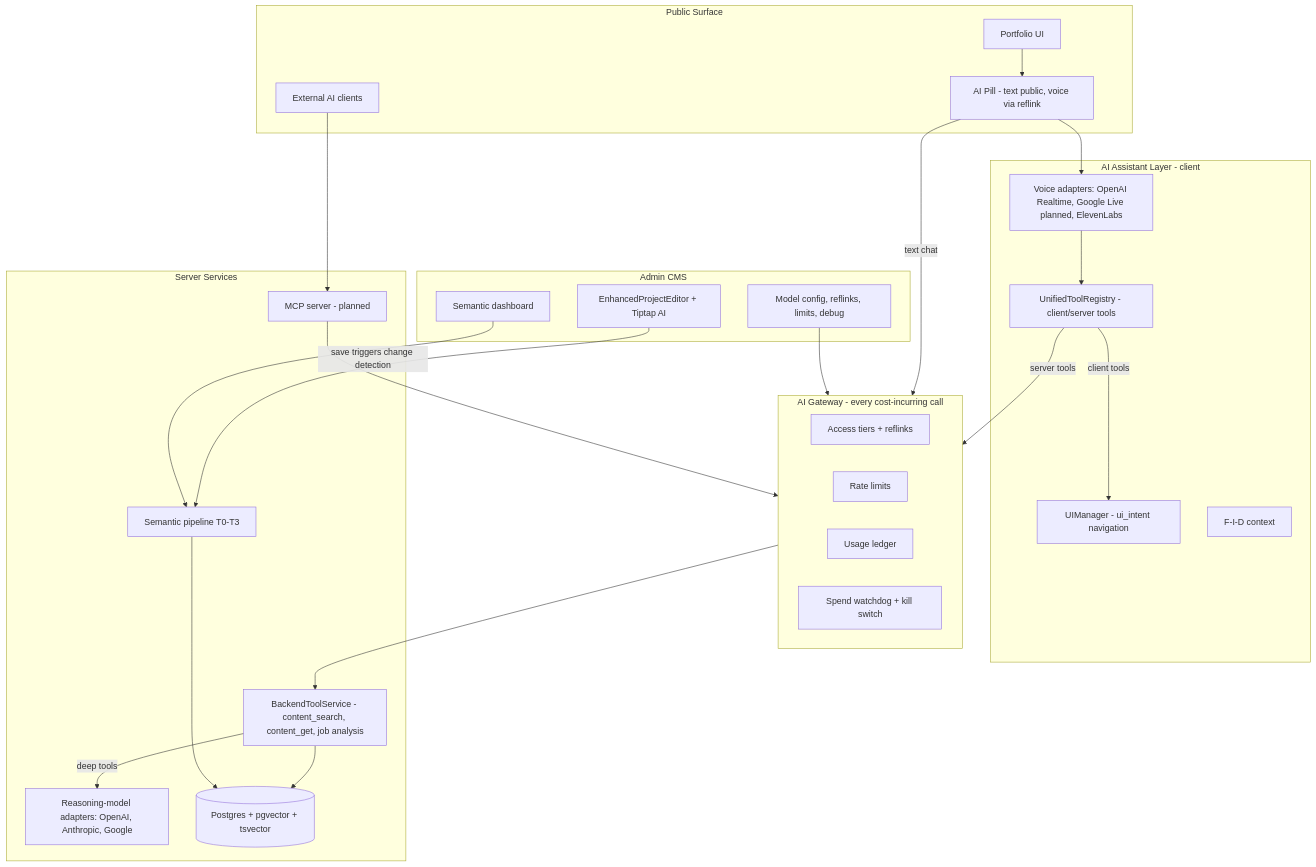
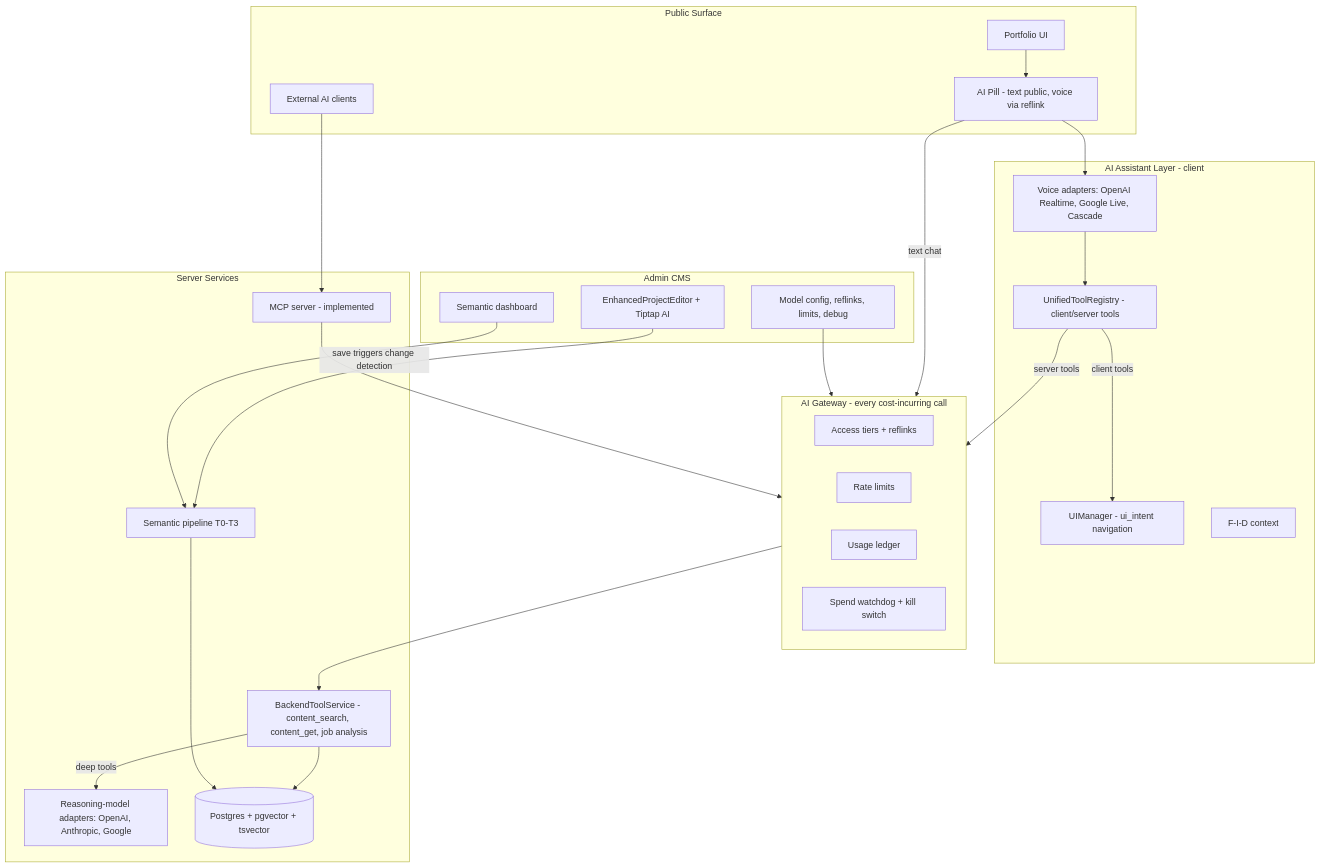
The diagram in .kiro/specs/00-overview/README.md (midnightOne/portfolio-projects), drawn with Mermaid before and after one commit. The commit also changed other lines of this file and 8 other files, not shown here.

````diff
--- a/.kiro/specs/00-overview/README.md
+++ b/.kiro/specs/00-overview/README.md
@@ -23,47 +23,47 @@
 ```mermaid
 flowchart TB
     subgraph publicSurface [Public Surface]
         Site[Portfolio UI]
         Pill[AI Pill - text public, voice via reflink]
         MCPExt[External AI clients]
     end
 
     subgraph aiLayer [AI Assistant Layer - client]
-        Adapters[Voice adapters: OpenAI Realtime, Google Live planned, ElevenLabs]
+        Adapters[Voice adapters: OpenAI Realtime, Google Live, Cascade]
         Registry[UnifiedToolRegistry - client/server tools]
         UIMgr[UIManager - ui_intent navigation]
         FID[F-I-D context]
     end
 
     subgraph gateway [AI Gateway - every cost-incurring call]
         Access[Access tiers + reflinks]
         RateLimit[Rate limits]
         Ledger[Usage ledger]
         Watchdog[Spend watchdog + kill switch]
     end
 
     subgraph serverSide [Server Services]
         Reasoning[Reasoning-model adapters: OpenAI, Anthropic, Google]
         Tools[BackendToolService - content_search, content_get, job analysis]
         Semantic[Semantic pipeline T0-T3]
         Vector[(Postgres + pgvector + tsvector)]
-        MCPSrv[MCP server - planned]
+        MCPSrv[MCP server - implemented]
     end
 
     subgraph adminCMS [Admin CMS]
         Editor[EnhancedProjectEditor + Tiptap AI]
         SemanticUI[Semantic dashboard]
         AIAdmin[Model config, reflinks, limits, debug]
     end
 
     Site --> Pill --> Adapters --> Registry
     Registry -->|client tools| UIMgr
     Registry -->|server tools| gateway
     Pill -->|text chat| gateway
     MCPExt --> MCPSrv --> gateway
     gateway --> Tools --> Vector
     Tools -->|deep tools| Reasoning
     Editor -->|save triggers change detection| Semantic --> Vector
     AIAdmin --> gateway
     SemanticUI --> Semantic
 ```
````
